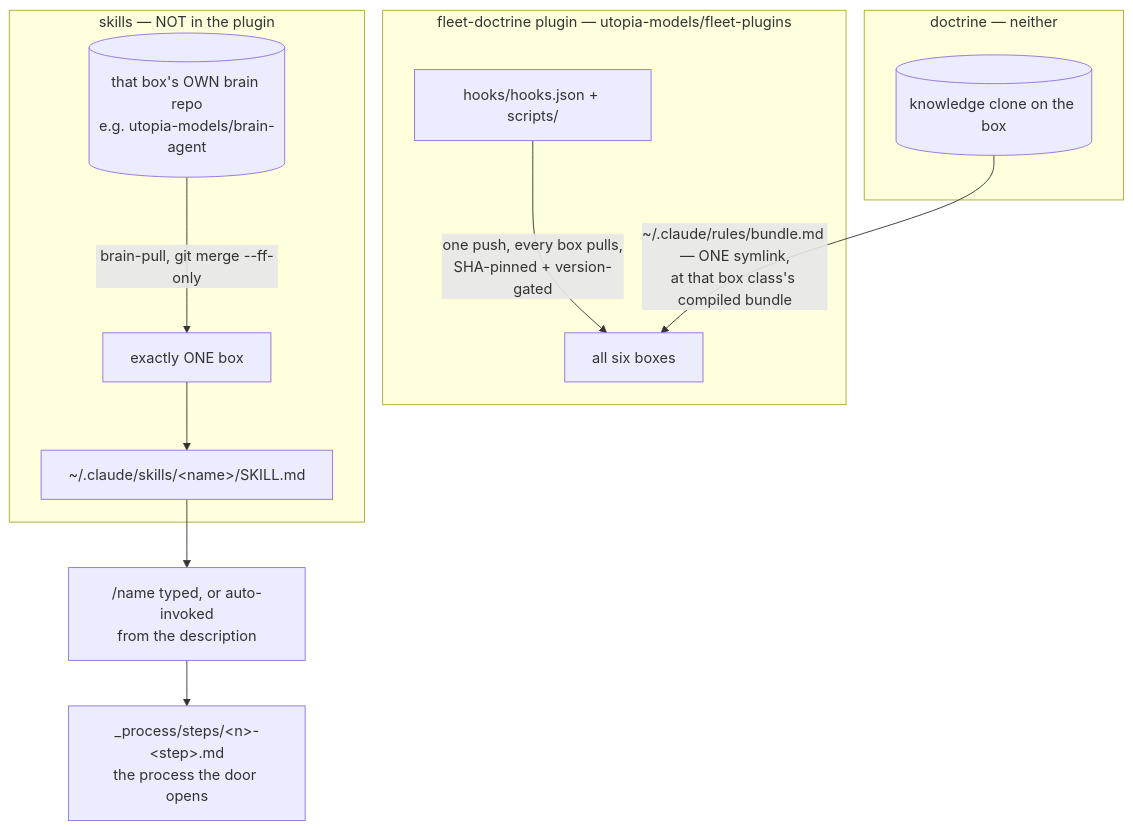
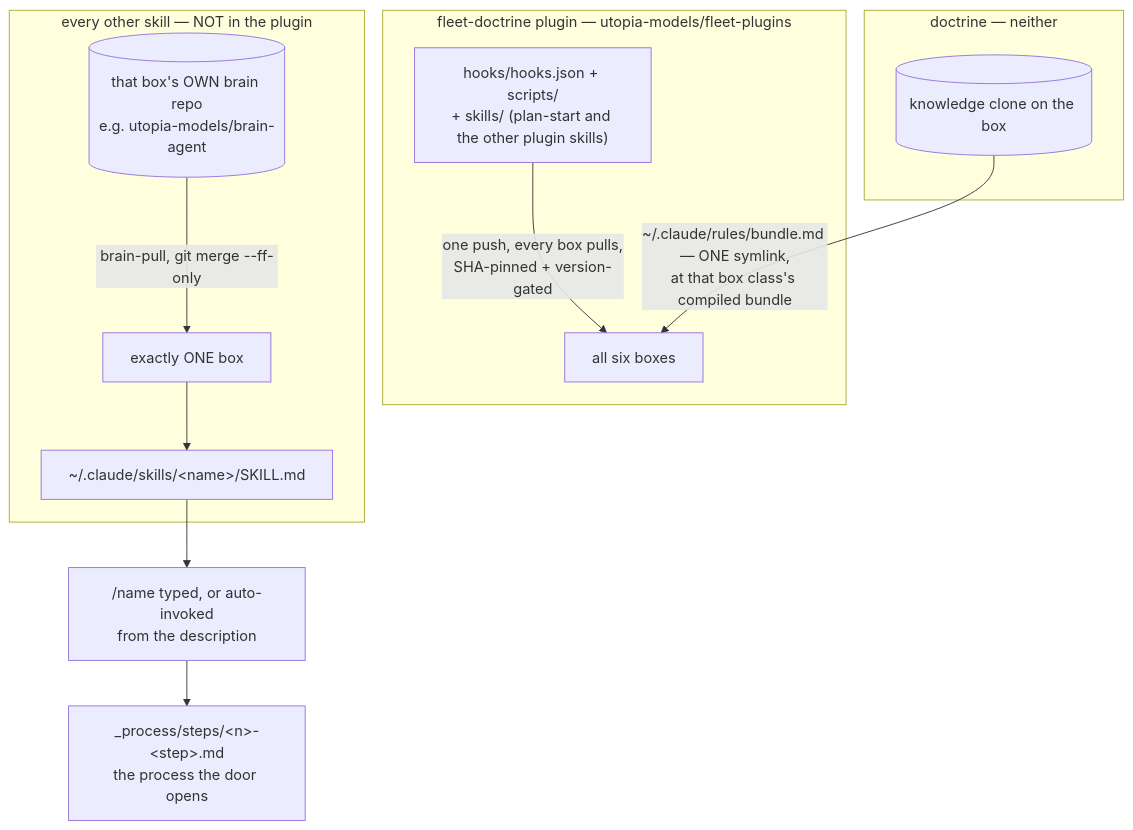
One commit to utopia-models/docs changed the diagram in content/docs/source/wi/components/skills-layer.md. Above: the diagram before and after it, drawn with Mermaid. The commit also changed other lines of this file and 49 other files, not shown here.

````diff
--- a/content/docs/source/wi/components/skills-layer.md
+++ b/content/docs/source/wi/components/skills-layer.md
@@ -58,15 +59,15 @@
 ```mermaid
 flowchart TD
     subgraph PLUGIN["fleet-doctrine plugin — utopia-models/fleet-plugins"]
-      HK["hooks/hooks.json + scripts/"] -->|"one push, every box pulls,<br/>SHA-pinned + version-gated"| ALL["all six boxes"]
+      HK["hooks/hooks.json + scripts/<br/>+ skills/ (plan-start and the other plugin skills)"] -->|"one push, every box pulls,<br/>SHA-pinned + version-gated"| ALL["all six boxes"]
     end
-    subgraph SKILLS["skills — NOT in the plugin"]
+    subgraph SKILLS["every other skill — NOT in the plugin"]
       BR[("that box's OWN brain repo<br/>e.g. utopia-models/brain-agent")] -->|"brain-pull, git merge --ff-only"| ONE["exactly ONE box"]
       ONE --> SD["~/.claude/skills/&lt;name&gt;/SKILL.md"]
     end
     subgraph DOCTRINE["doctrine — neither"]
       KB[("knowledge clone on the box")] -->|"~/.claude/rules/bundle.md — ONE symlink,<br/>at that box class's compiled bundle"| ALL
     end
     SD --> INV["/name typed, or auto-invoked<br/>from the description"]
     INV --> FR["_process/steps/&lt;n&gt;-&lt;step&gt;.md<br/>the process the door opens"]
 ```
````
